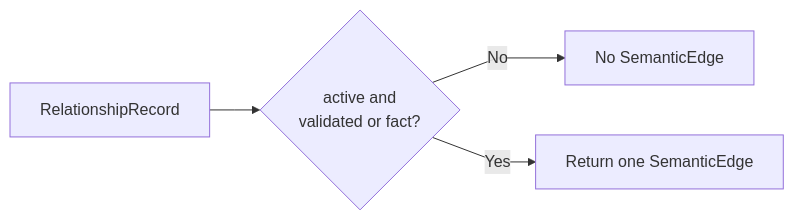
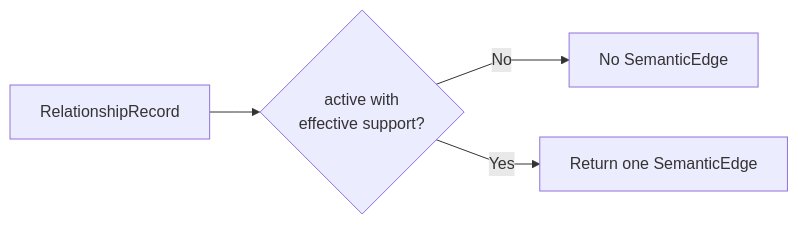
The third of 10 diagrams in Relationship-Model-And-Lifecycle.md (markhuangai/dense-mem), drawn with Mermaid before and after one commit. The commit also changed other lines of this file and 27 other files, not shown here.

Commit message:
Document tier-free Relationship architecture

````diff
--- a/Relationship-Model-And-Lifecycle.md
+++ b/Relationship-Model-And-Lifecycle.md
@@ -303,7 +301,7 @@
 ```mermaid
 %%{init: {"flowchart": {"curve": "linear"}}}%%
 flowchart LR
-  Record["RelationshipRecord"] --> Eligible{"active and<br/>validated or fact?"}
+  Record["RelationshipRecord"] --> Eligible{"active with<br/>effective support?"}
   Eligible -- No --> Hidden["No SemanticEdge"]
   Eligible -- Yes --> Edge["Return one SemanticEdge"]
 ```
````
